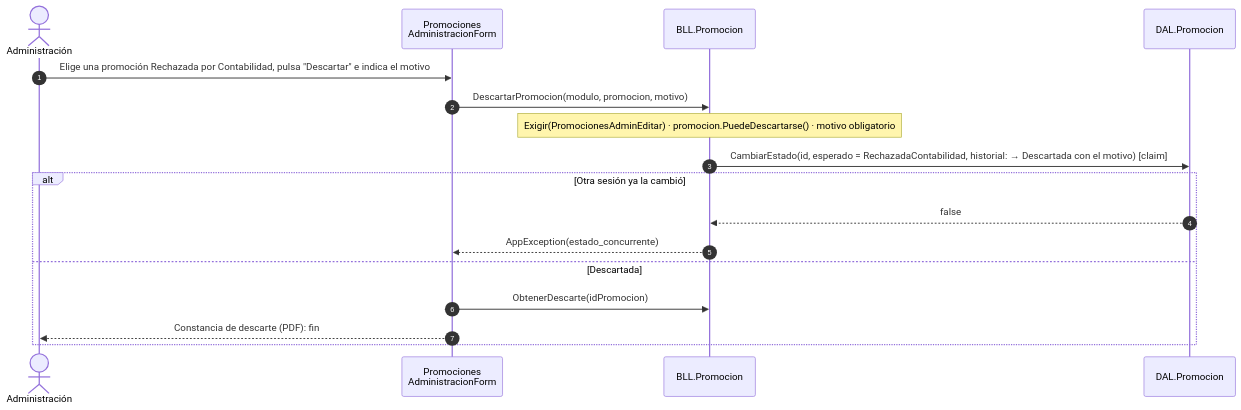
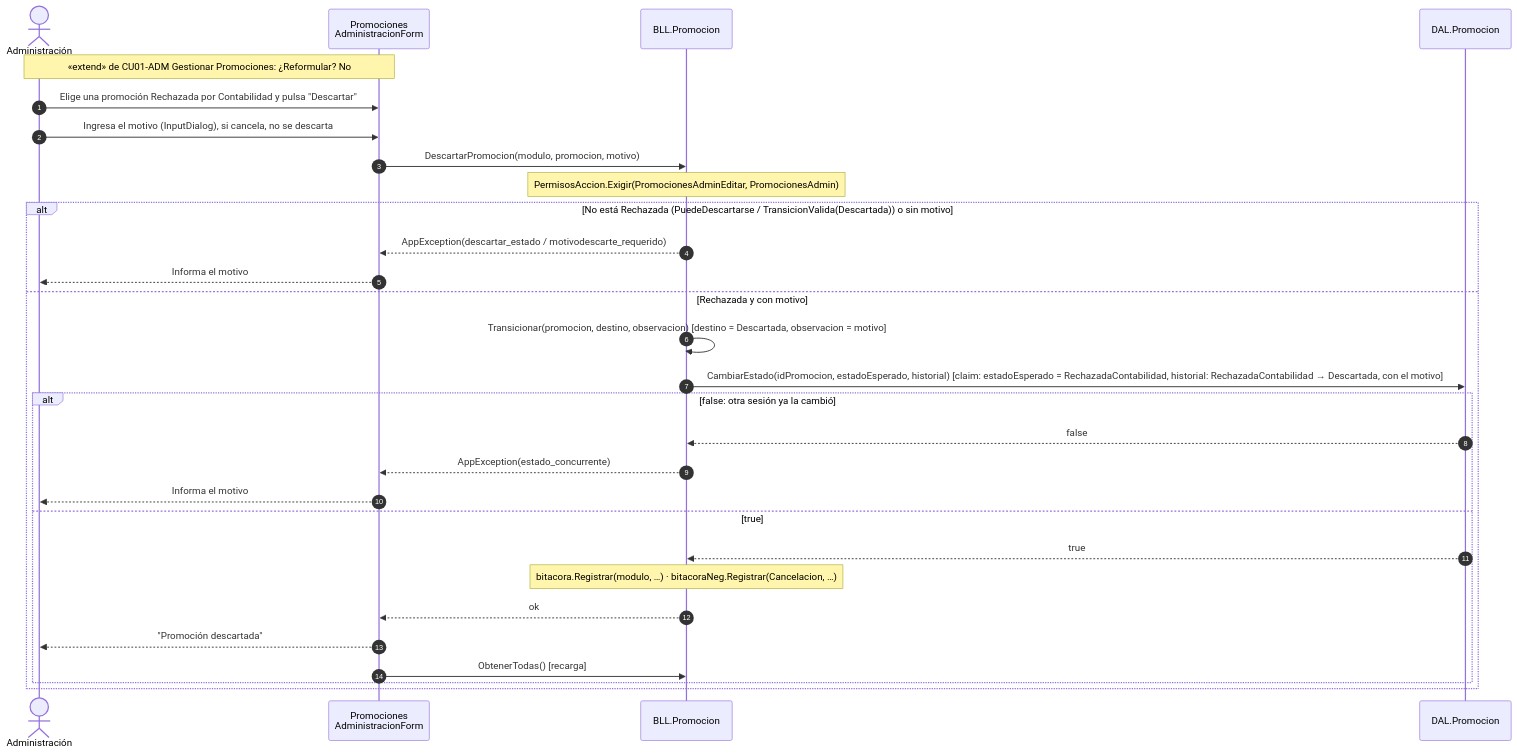
One commit to valentinamorana/Trabajo-de-Diploma changed the diagram in docs/diagramas/mermaid/DSS_PN03_CU04_ADM_DescartarPromocion.mmd. Above: the diagram before and after it, drawn with Mermaid. The commit also changed 274 other files, not shown here.

```diff
--- a/docs/diagramas/mermaid/DSS_PN03_CU04_ADM_DescartarPromocion.mmd
+++ b/docs/diagramas/mermaid/DSS_PN03_CU04_ADM_DescartarPromocion.mmd
@@ -1,17 +1,29 @@
 sequenceDiagram
   autonumber
   actor A as Administración
   participant F as Promociones<br/>AdministracionForm
   participant B as BLL.Promocion
   participant D as DAL.Promocion
-  A->>F: Elige una promoción Rechazada por Contabilidad, pulsa "Descartar" e indica el motivo
+  Note over A,F: «extend» de CU01-ADM Gestionar Promociones: ¿Reformular? No
+  A->>F: Elige una promoción Rechazada por Contabilidad y pulsa "Descartar"
+  A->>F: Ingresa el motivo (InputDialog), si cancela, no se descarta
   F->>B: DescartarPromocion(modulo, promocion, motivo)
-  Note over B: Exigir(PromocionesAdminEditar) · promocion.PuedeDescartarse() · motivo obligatorio
-  B->>D: CambiarEstado(id, esperado = RechazadaContabilidad, historial: → Descartada con el motivo)  [claim]
-  alt Otra sesión ya la cambió
-    D-->>B: false
-    B-->>F: AppException(estado_concurrente)
-  else Descartada
-    F->>B: ObtenerDescarte(idPromocion)
-    F-->>A: Constancia de descarte (PDF): fin
+  Note over B: PermisosAccion.Exigir(PromocionesAdminEditar, PromocionesAdmin)
+  alt No está Rechazada (PuedeDescartarse / TransicionValida(Descartada)) o sin motivo
+    B-->>F: AppException(descartar_estado / motivodescarte_requerido)
+    F-->>A: Informa el motivo
+  else Rechazada y con motivo
+    B->>B: Transicionar(promocion, destino, observacion)  [destino = Descartada, observacion = motivo]
+    B->>D: CambiarEstado(idPromocion, estadoEsperado, historial)  [claim: estadoEsperado = RechazadaContabilidad, historial: RechazadaContabilidad → Descartada, con el motivo]
+    alt false: otra sesión ya la cambió
+      D-->>B: false
+      B-->>F: AppException(estado_concurrente)
+      F-->>A: Informa el motivo
+    else true
+      D-->>B: true
+      Note over B: bitacora.Registrar(modulo, …) · bitacoraNeg.Registrar(Cancelacion, …)
+      B-->>F: ok
+      F-->>A: "Promoción descartada"
+      F->>B: ObtenerTodas()  [recarga]
+    end
   end
```
